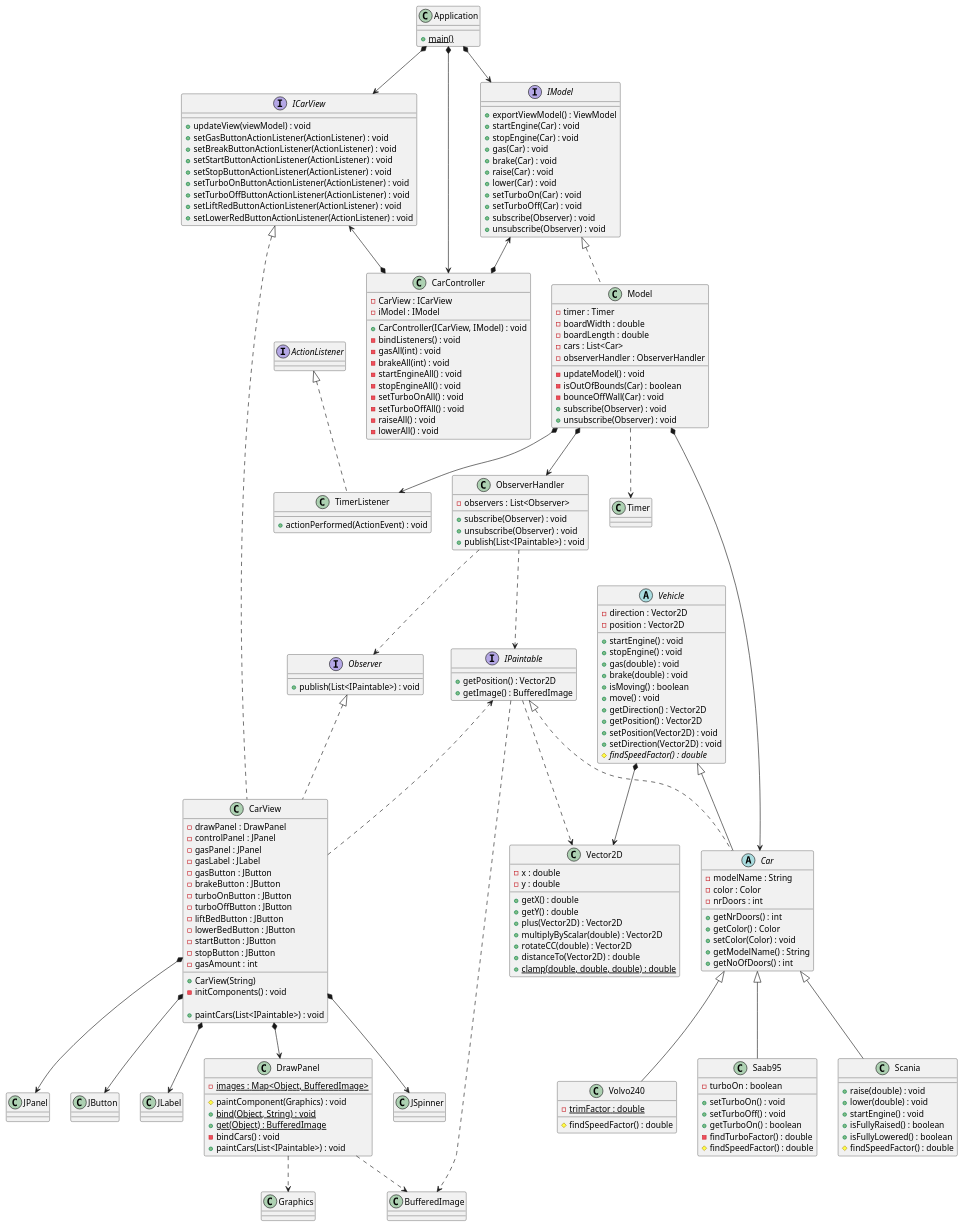
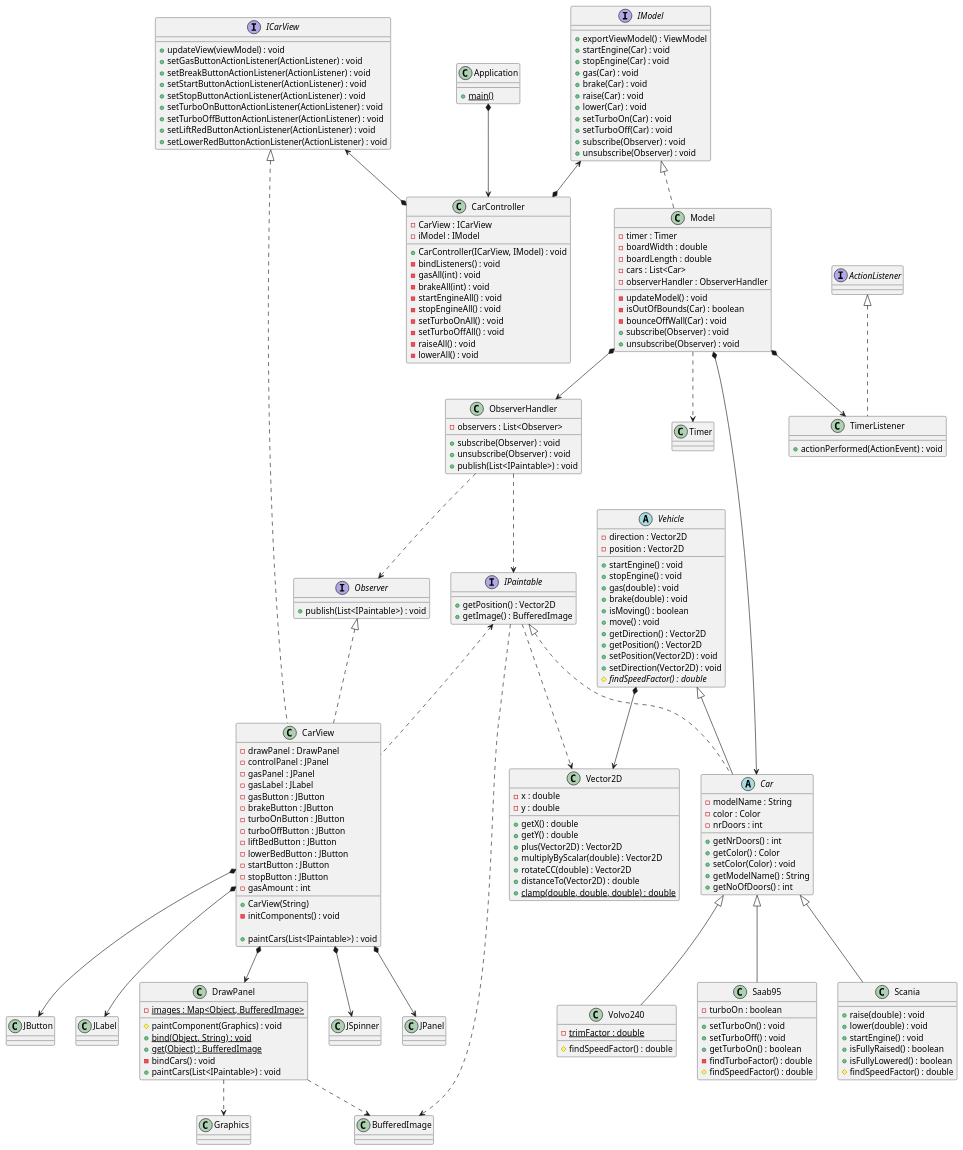
The diagram in src/Uppg4-edit.puml (Yogaledare/dit953-lab2), drawn with PlantUML before and after one commit.

Commit message:
ändrade lite pilar i uml igen

```diff
--- a/src/Uppg4-edit.puml
+++ b/src/Uppg4-edit.puml
@@ -5,8 +5,7 @@
 {static}+main()
 }
 
-Application *--> ICarView
-Application *--> IModel
+
 Application *--> CarController
 
 interface ICarView{
```
